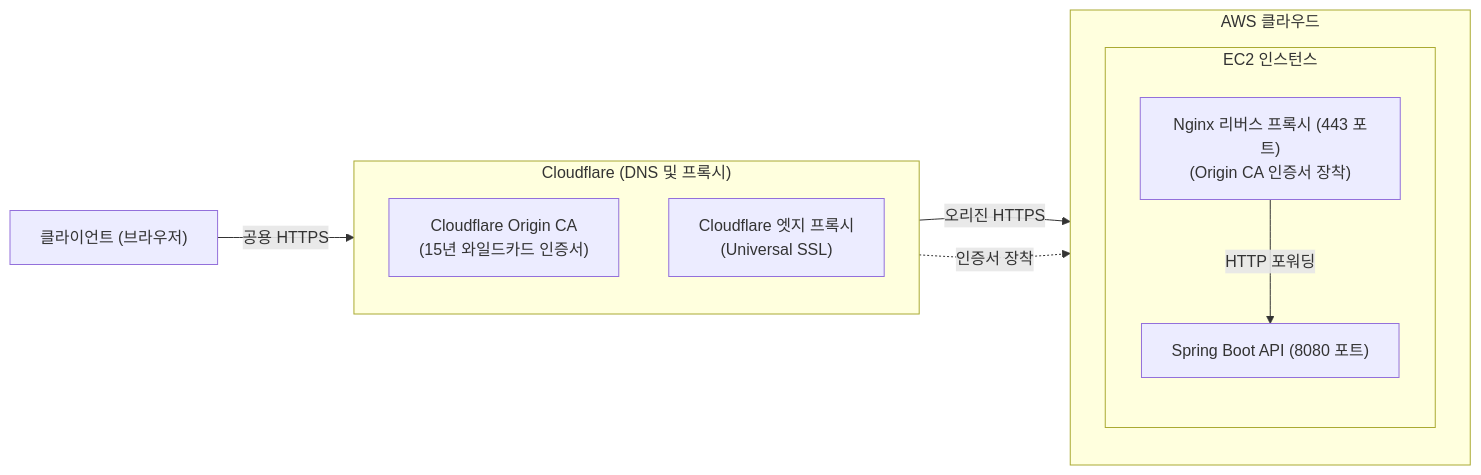
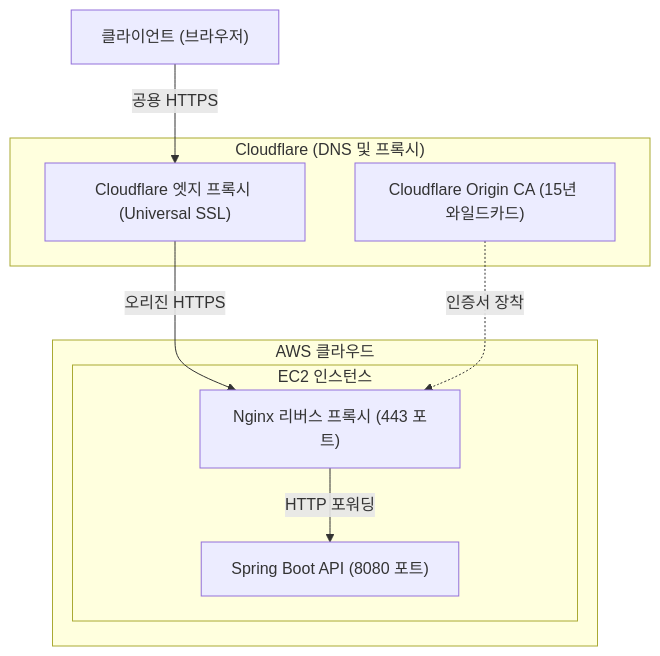
One commit to likelion-backend-25th/22-project-sns changed the second of 4 diagrams in guide/04.challenge.md. Above: the diagram before and after it, drawn with Mermaid. The commit also changed other lines of this file, not shown here.

````diff
--- a/guide/04.challenge.md
+++ b/guide/04.challenge.md
@@ -269,25 +260,20 @@
 ```mermaid
-flowchart LR
-    Client["클라이언트 (브라우저)"]
-
+flowchart TD
     subgraph CF["Cloudflare (DNS 및 프록시)"]
-        direction TB
-        CF_CA["Cloudflare Origin CA<br/>(15년 와일드카드 인증서)"]
-        CF_Edge["Cloudflare 엣지 프록시<br/>(Universal SSL)"]
+        CF_CA["Cloudflare Origin CA (15년 와일드카드)"]
+        CF_Edge["Cloudflare 엣지 프록시 (Universal SSL)"]
     end
 
     subgraph AWS["AWS 클라우드"]
-        direction TB
         subgraph EC2["EC2 인스턴스"]
-            direction TB
-            Nginx["Nginx 리버스 프록시 (443 포트)<br/>(Origin CA 인증서 장착)"]
+            Nginx["Nginx 리버스 프록시 (443 포트)"]
             SpringBoot["Spring Boot API (8080 포트)"]
 
             Nginx -->|"HTTP 포워딩"| SpringBoot
         end
     end
 
-    Client -->|"공용 HTTPS"| CF_Edge
+    Client["클라이언트 (브라우저)"] -->|"공용 HTTPS"| CF_Edge
     CF_Edge -->|"오리진 HTTPS"| Nginx
     CF_CA -.->|"인증서 장착"| Nginx
 ```
````
